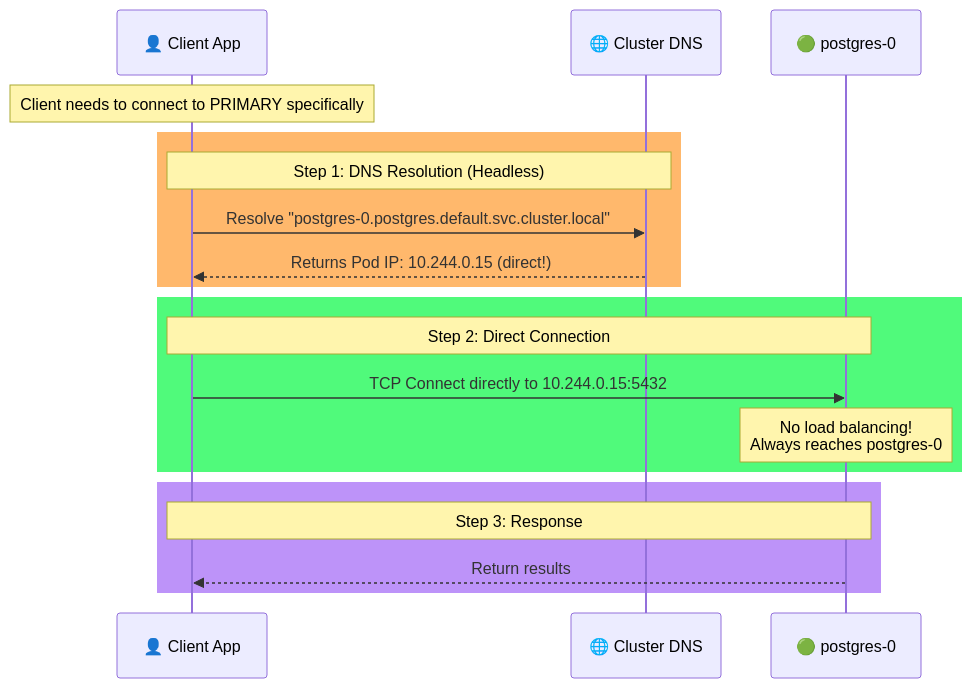
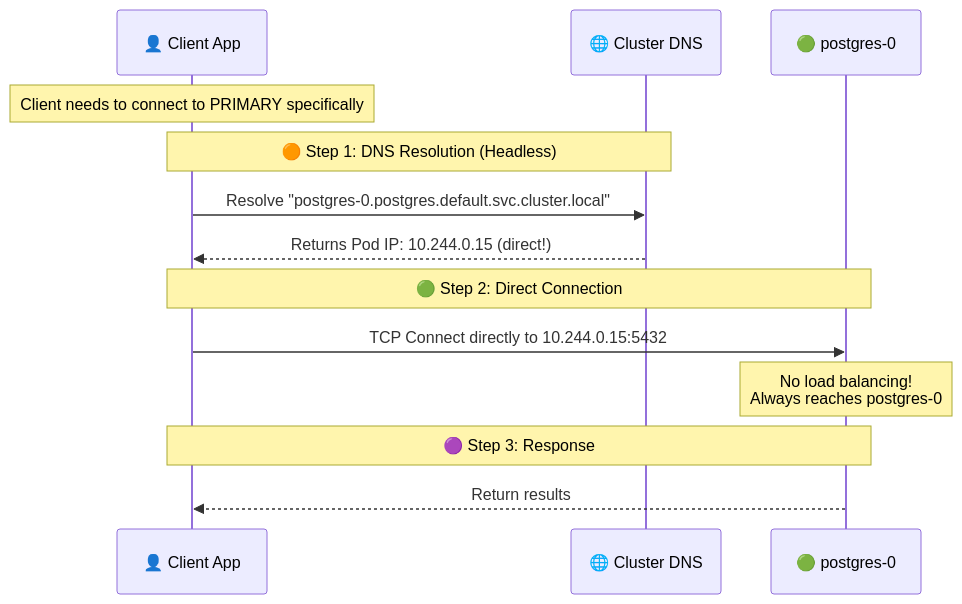
Diagram 16 of 17 in Workload_and_Application_Management/statefulset-postgresql-explained.md (selvakumarperumal/k8s_minikube_learn), drawn with Mermaid before and after one commit. The commit also changed other lines of this file, not shown here.

Commit message:
Remove colored rect blocks from sequence diagrams - use emoji markers instead for better text visibility

````diff
--- a/Workload_and_Application_Management/statefulset-postgresql-explained.md
+++ b/Workload_and_Application_Management/statefulset-postgresql-explained.md
@@ -567,25 +557,19 @@
 ```mermaid
 sequenceDiagram
     participant Client as 👤 Client App
     participant DNS as 🌐 Cluster DNS
     participant POD0 as 🟢 postgres-0
 
     Note over Client: Client needs to connect to PRIMARY specifically
     
-    rect rgb(255, 184, 108)
-        Note over Client,DNS: Step 1: DNS Resolution (Headless)
-        Client->>DNS: Resolve "postgres-0.postgres.default.svc.cluster.local"
-        DNS-->>Client: Returns Pod IP: 10.244.0.15 (direct!)
-    end
+    Note over Client,DNS: 🟠 Step 1: DNS Resolution (Headless)
+    Client->>DNS: Resolve "postgres-0.postgres.default.svc.cluster.local"
+    DNS-->>Client: Returns Pod IP: 10.244.0.15 (direct!)
     
-    rect rgb(80, 250, 123)
-        Note over Client,POD0: Step 2: Direct Connection
-        Client->>POD0: TCP Connect directly to 10.244.0.15:5432
-        Note over POD0: No load balancing!<br/>Always reaches postgres-0
-    end
+    Note over Client,POD0: 🟢 Step 2: Direct Connection
+    Client->>POD0: TCP Connect directly to 10.244.0.15:5432
+    Note over POD0: No load balancing!<br/>Always reaches postgres-0
     
-    rect rgb(189, 147, 249)
-        Note over POD0,Client: Step 3: Response
-        POD0-->>Client: Return results
-    end
+    Note over POD0,Client: 🟣 Step 3: Response
+    POD0-->>Client: Return results
 ```
````
